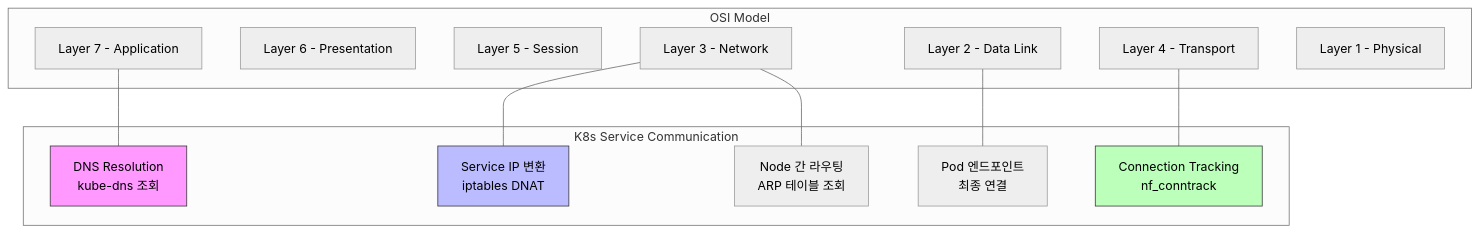
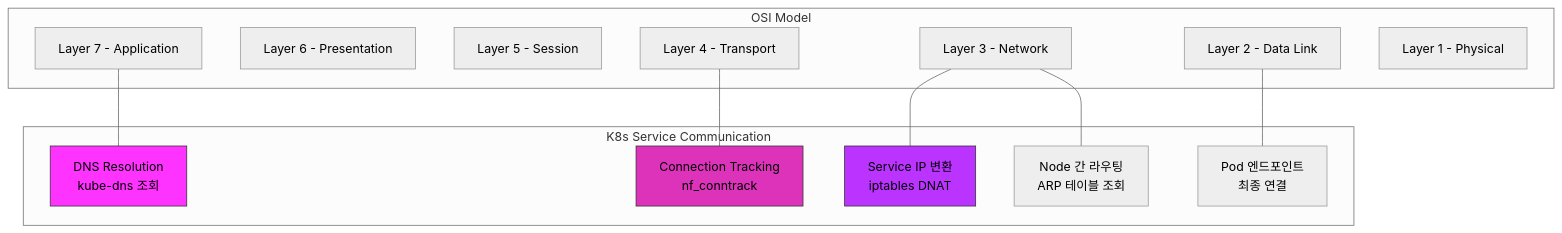
Before and after one commit to ddukbg/ddukbg: the first of 4 diagrams in content/k8s-eks-iptables-networking.md, drawn with Mermaid (neutral theme). The commit also changed 3 other files, not shown here.

````diff
--- a/content/k8s-eks-iptables-networking.md
+++ b/content/k8s-eks-iptables-networking.md
@@ -21,30 +21,31 @@
 ```mermaid
 graph TB
     subgraph "OSI Model"
         L7[Layer 7 - Application]
         L6[Layer 6 - Presentation]
         L5[Layer 5 - Session]
         L4[Layer 4 - Transport]
         L3[Layer 3 - Network]
         L2[Layer 2 - Data Link]
         L1[Layer 1 - Physical]
     end
     
     subgraph "K8s Service Communication"
         DNS[DNS Resolution<br>kube-dns 조회]
         IPTABLES[Service IP 변환<br>iptables DNAT]
+        CONNTRACK[Connection Tracking<br>nf_conntrack]
         ROUTING[Node 간 라우팅<br>ARP 테이블 조회]
         ENDPOINT[Pod 엔드포인트<br>최종 연결]
-        CONNTRACK[Connection Tracking<br>nf_conntrack]
+        
     end
     
     L7 --- DNS
     L4 --- CONNTRACK
     L3 --- IPTABLES
     L3 --- ROUTING
     L2 --- ENDPOINT
     
-    style DNS fill:#f9f,stroke:#333,stroke-width:1px
-    style IPTABLES fill:#bbf,stroke:#333,stroke-width:1px
-    style CONNTRACK fill:#bfb,stroke:#333,stroke-width:1px
+    style DNS fill:#f3f,stroke:#333,stroke-width:1px
+    style IPTABLES fill:#b3f,stroke:#333,stroke-width:1px
+    style CONNTRACK fill:#d3b,stroke:#333,stroke-width:1px
 ```
````
